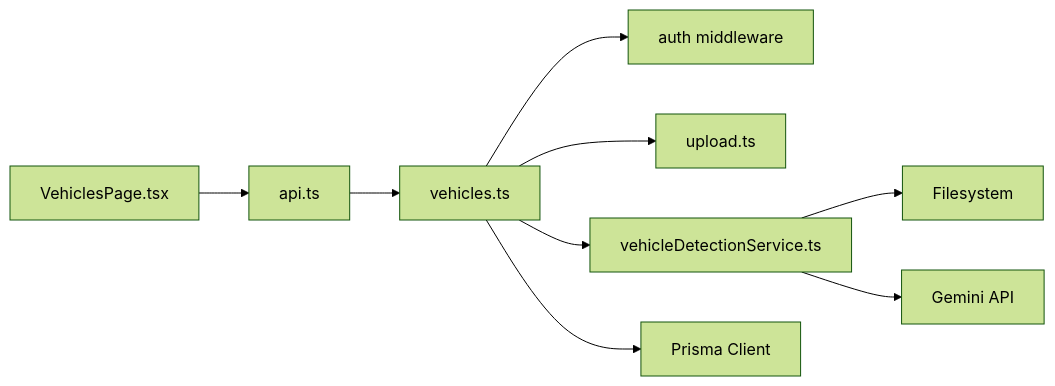
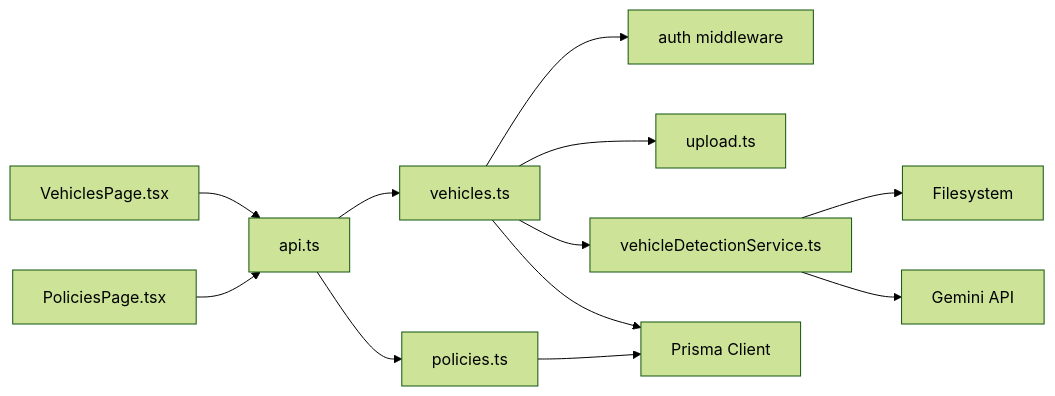
Before and after one commit to NaveenHiranya/Smart-Vehicle-Insurance-Claim-System: the sixth of 6 diagrams in .qoder/repowiki/en/content/Frontend Documentation/Pages and Views/User Pages/Vehicle Management Page.md, drawn with Mermaid (forest theme). The commit also changed other lines of this file and 21 other files, not shown here.

````diff
--- a/.qoder/repowiki/en/content/Frontend Documentation/Pages and Views/User Pages/Vehicle Management Page.md
+++ b/.qoder/repowiki/en/content/Frontend Documentation/Pages and Views/User Pages/Vehicle Management Page.md
@@ -298,11 +429,14 @@
 ```mermaid
 graph LR
 VP["VehiclesPage.tsx"] --> API["api.ts"]
+PP["PoliciesPage.tsx"] --> API
 API --> VR["vehicles.ts"]
+API --> PR["policies.ts"]
 VR --> AUTH["auth middleware"]
 VR --> UPL["upload.ts"]
 VR --> VDS["vehicleDetectionService.ts"]
 VR --> PRISMA["Prisma Client"]
+PR --> PRISMA
 VDS --> FS["Filesystem"]
 VDS --> GEMINI["Gemini API"]
 ```
````
